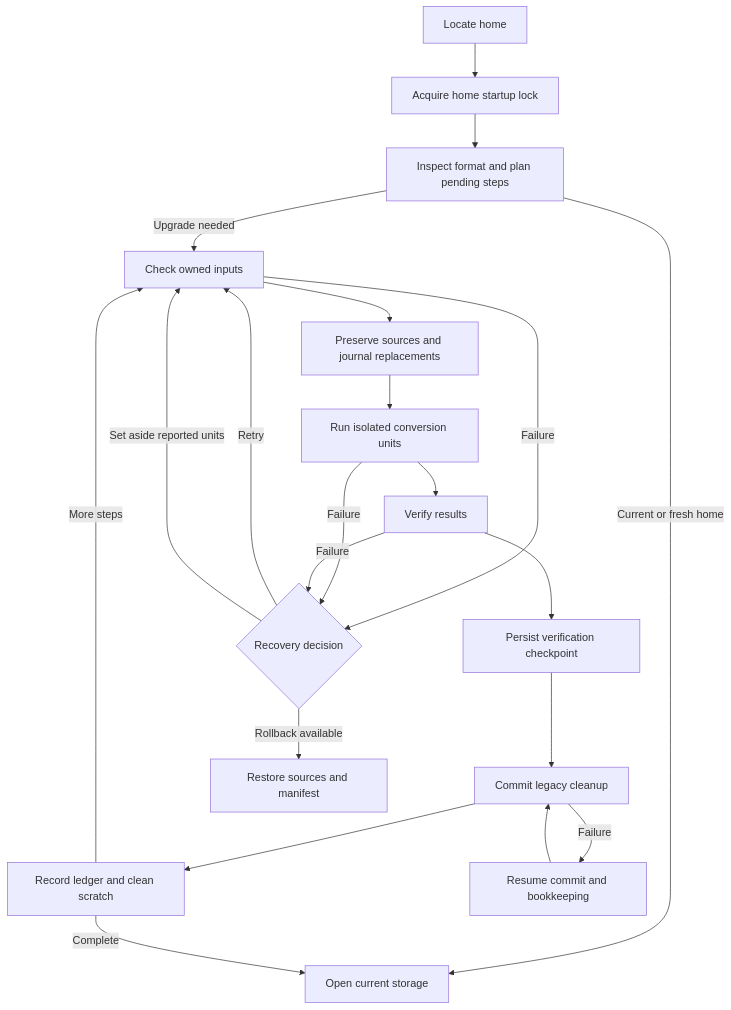
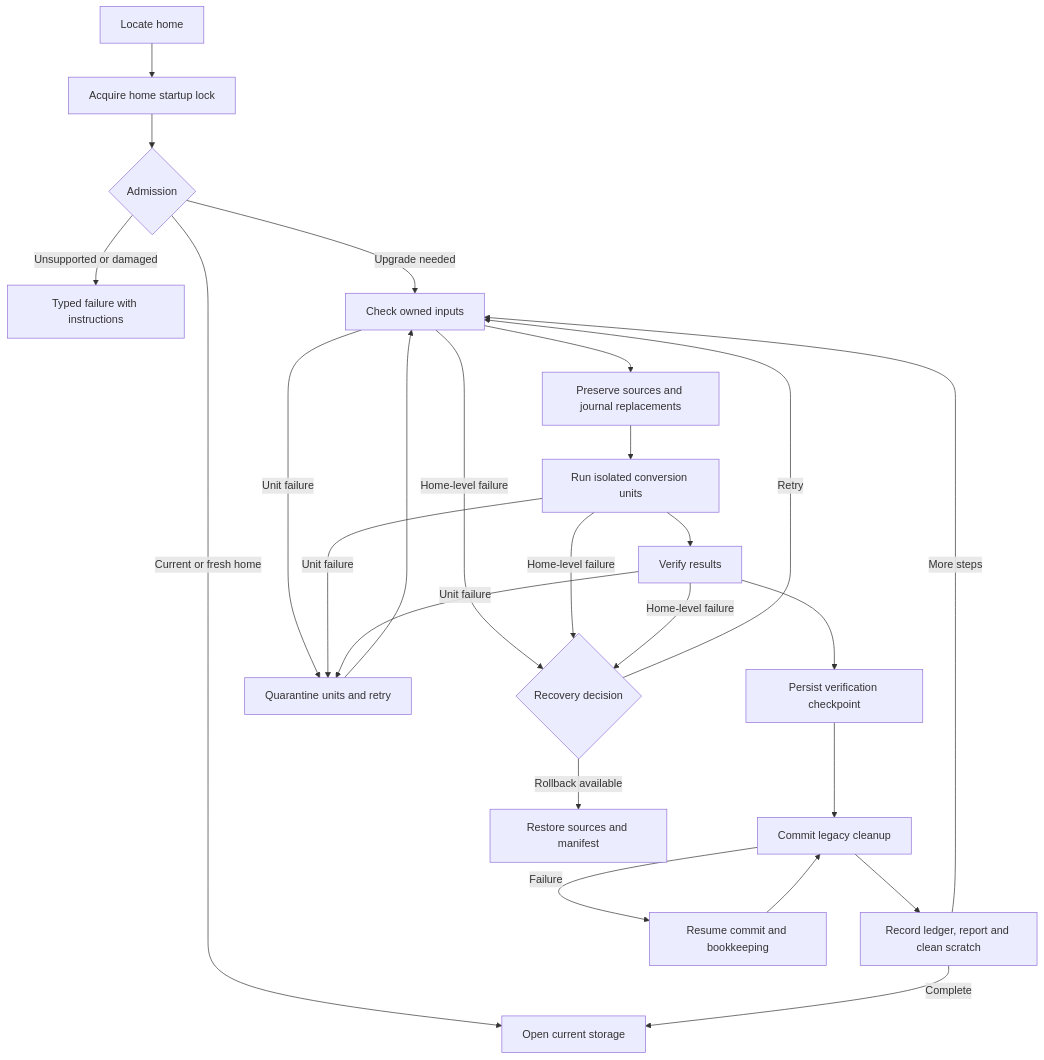
One commit to ThilinaTLM/nerve changed the diagram in docs/architecture/migrations.md. Above: the diagram before and after it, drawn with Mermaid. The commit also changed other lines of this file and 222 other files, not shown here.

````diff
--- a/docs/architecture/migrations.md
+++ b/docs/architecture/migrations.md
@@ -5,23 +7,27 @@
 ```mermaid
 flowchart TD
   detect[Locate home] --> lock[Acquire home startup lock]
-  lock --> inspect[Inspect format and plan pending steps]
-  inspect -->|Current or fresh home| open[Open current storage]
-  inspect -->|Upgrade needed| check[Check owned inputs]
+  lock --> admit{Admission}
+  admit -->|Unsupported or damaged| stop[Typed failure with instructions]
+  admit -->|Current or fresh home| open[Open current storage]
+  admit -->|Upgrade needed| check[Check owned inputs]
   check --> preserve[Preserve sources and journal replacements]
   preserve --> run[Run isolated conversion units]
   run --> verify[Verify results]
   verify --> marker[Persist verification checkpoint]
   marker --> commit[Commit legacy cleanup]
-  commit --> ledger[Record ledger and clean scratch]
+  commit --> ledger[Record ledger, report and clean scratch]
   ledger -->|More steps| check
   ledger -->|Complete| open
-  check -->|Failure| decision{Recovery decision}
-  run -->|Failure| decision
-  verify -->|Failure| decision
+  check -->|Unit failure| aside[Quarantine units and retry]
+  run -->|Unit failure| aside
+  verify -->|Unit failure| aside
+  aside --> check
+  check -->|Home-level failure| decision{Recovery decision}
+  run -->|Home-level failure| decision
+  verify -->|Home-level failure| decision
   decision -->|Retry| check
-  decision -->|Set aside reported units| check
   decision -->|Rollback available| restore[Restore sources and manifest]
   commit -->|Failure| resume[Resume commit and bookkeeping]
   resume --> commit
 ```
````
